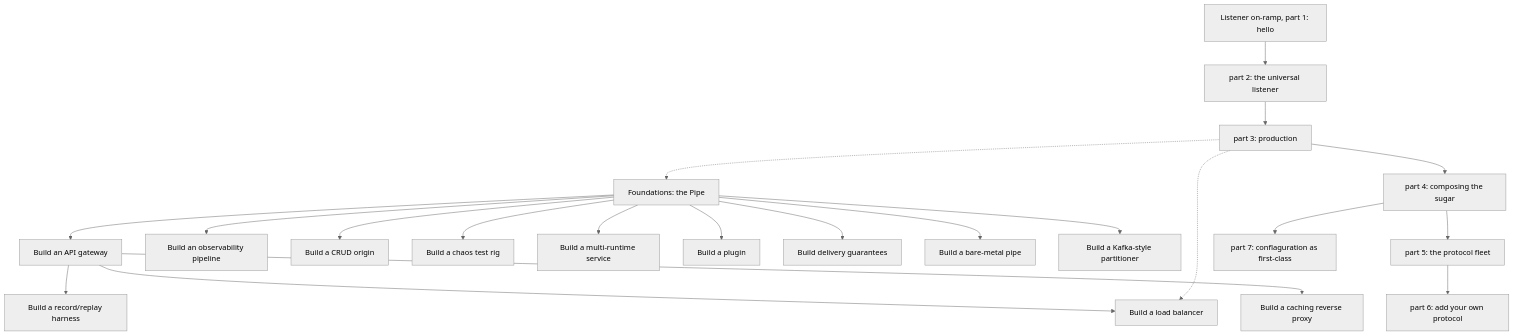
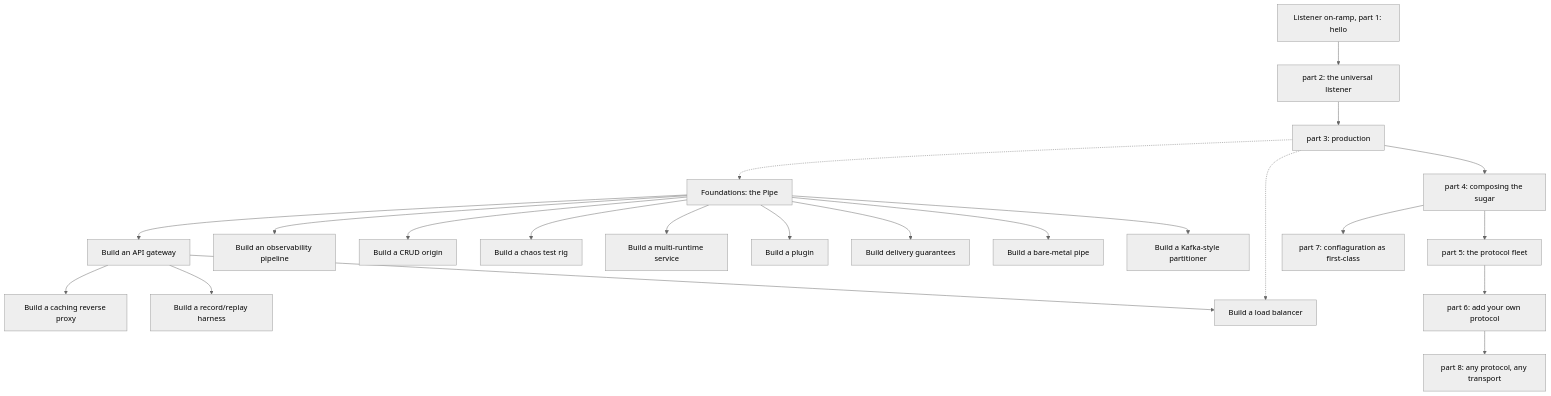
The diagram in docs/tutorials/README.md (brianbruggeman/proxima), drawn with Mermaid (neutral theme) before and after one commit. The commit also changed other lines of this file and 17 other files, not shown here.

First line of the commit message:
docs(listen): teach .any() transport-agnostic classification

````diff
--- a/docs/tutorials/README.md
+++ b/docs/tutorials/README.md
@@ -63,24 +64,25 @@
 ```mermaid
 graph TD
   BASE["Foundations: the Pipe"]
   BASE --> GW["Build an API gateway"]
   BASE --> OBS["Build an observability pipeline"]
   BASE --> CRUD["Build a CRUD origin"]
   BASE --> CHAOS["Build a chaos test rig"]
   BASE --> MRT["Build a multi-runtime service"]
   BASE --> PLUG["Build a plugin"]
   BASE --> DEL["Build delivery guarantees"]
   BASE --> NOSTD["Build a bare-metal pipe"]
   BASE --> KAFKA["Build a Kafka-style partitioner"]
   GW --> CACHE["Build a caching reverse proxy"]
   GW --> REC["Build a record/replay harness"]
   GW --> LB["Build a load balancer"]
   ONRAMP1["Listener on-ramp, part 1: hello"] --> ONRAMP2["part 2: the universal listener"]
   ONRAMP2 --> ONRAMP3["part 3: production"]
   ONRAMP3 --> ONRAMP4["part 4: composing the sugar"]
   ONRAMP4 --> ONRAMP5["part 5: the protocol fleet"]
   ONRAMP5 --> ONRAMP6["part 6: add your own protocol"]
   ONRAMP4 --> ONRAMP7["part 7: conflaguration as first-class"]
+  ONRAMP6 --> ONRAMP8["part 8: any protocol, any transport"]
   ONRAMP3 -.-> LB
   ONRAMP3 -.-> BASE
 ```
````
